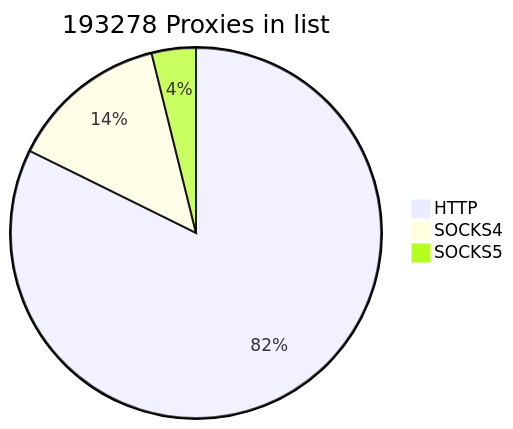
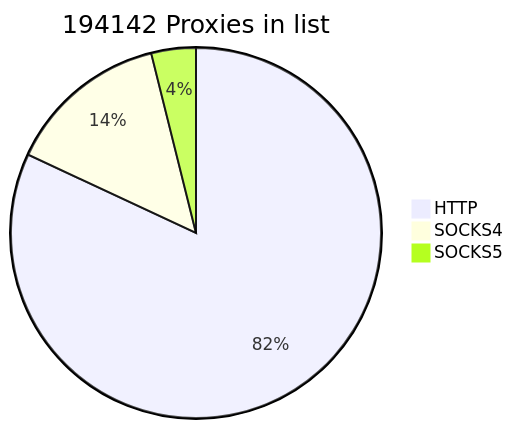
The first of 2 diagrams in README.md (cutipu/proxylist), drawn with Mermaid before and after one commit. The commit also changed other lines of this file, not shown here.

````diff
--- a/README.md
+++ b/README.md
@@ -2,7 +2,7 @@
 ```mermaid
-pie title 193278 Proxies in list
-    "HTTP" : 159068
-    "SOCKS4" : 26752
-    "SOCKS5" : 7458
+pie title 194142 Proxies in list
+    "HTTP" : 159099
+    "SOCKS4" : 27492
+    "SOCKS5" : 7551
             
 ```
````
